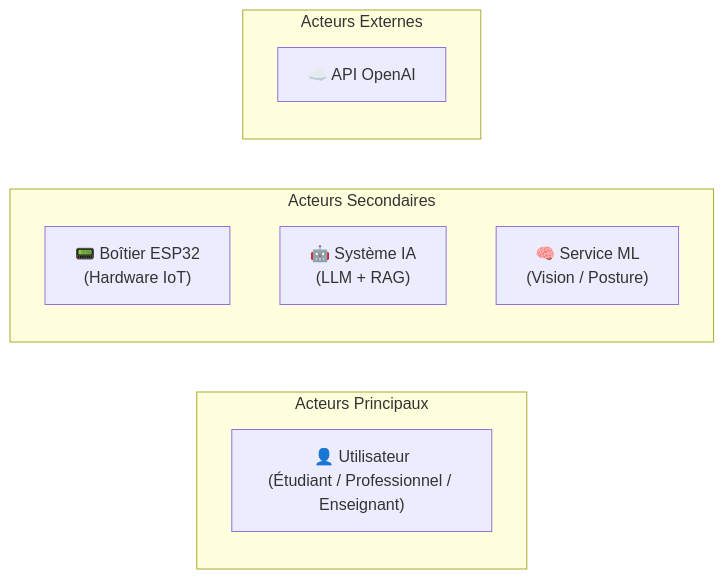
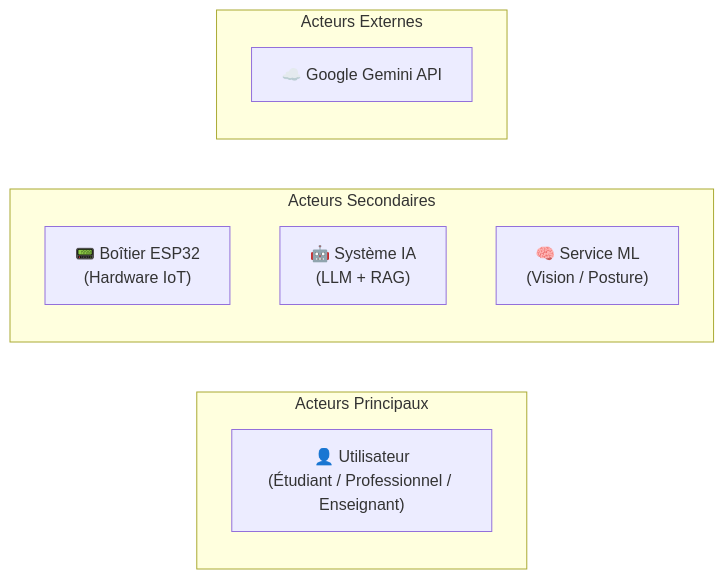
Before and after one commit to Jkacem/smart_focus: the first of 11 diagrams in docs/Conception_CasUtilisation.md, drawn with Mermaid. The commit also changed other lines of this file and 8 other files, not shown here.

````diff
--- a/docs/Conception_CasUtilisation.md
+++ b/docs/Conception_CasUtilisation.md
@@ -11,16 +11,16 @@
 ```mermaid
 graph LR
     subgraph Acteurs Principaux
         U["👤 Utilisateur<br/>(Étudiant / Professionnel / Enseignant)"]
     end
 
     subgraph Acteurs Secondaires
         ESP["📟 Boîtier ESP32<br/>(Hardware IoT)"]
         IA["🤖 Système IA<br/>(LLM + RAG)"]
         ML["🧠 Service ML<br/>(Vision / Posture)"]
     end
 
     subgraph Acteurs Externes
-        API_EXT["☁️ API OpenAI"]
+        API_EXT["☁️ Google Gemini API"]
     end
 ```
````
